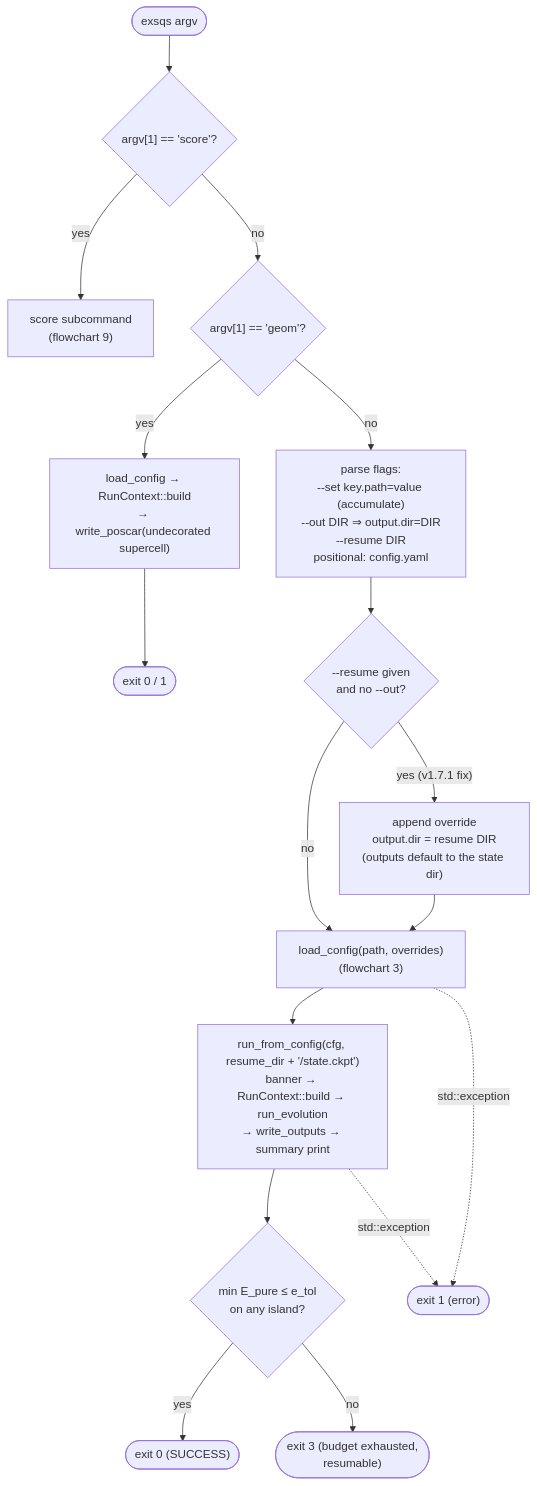
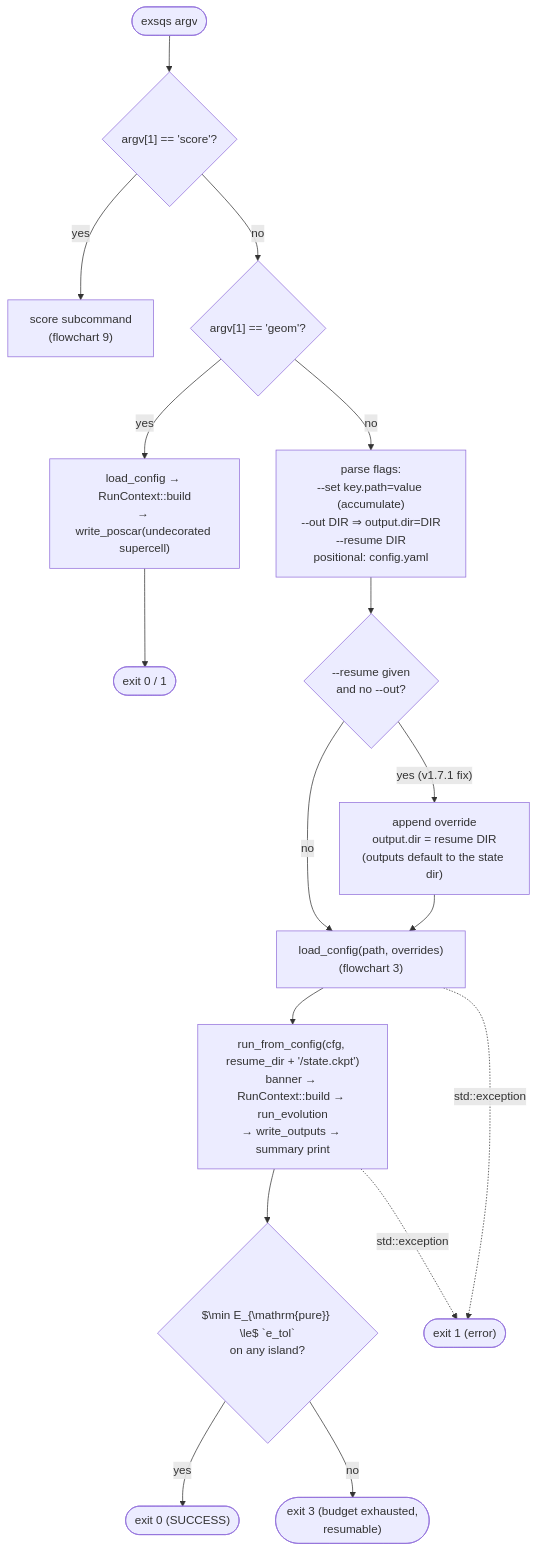
One commit to Mellechowicz/SQuatS changed the second of 9 diagrams in docs/FLOWCHARTS.md. Above: the diagram before and after it, drawn with Mermaid. The commit also changed other lines of this file and 1 other file, not shown here.

First line of the commit message:
docs: supercell study + flowcharts formulas in LaTeX math

````diff
--- a/docs/FLOWCHARTS.md
+++ b/docs/FLOWCHARTS.md
@@ -107,19 +107,19 @@
 ```mermaid
 flowchart TD
     START(["exsqs argv"]) --> SC{"argv[1] == 'score'?"}
     SC -- yes --> SCORE["score subcommand<br/>(flowchart 9)"]
     SC -- no --> GE{"argv[1] == 'geom'?"}
     GE -- yes --> GEOM["load_config → RunContext::build<br/>→ write_poscar(undecorated supercell)"]
     GEOM --> EX0(["exit 0 / 1"])
     GE -- no --> FLAGS["parse flags:<br/>--set key.path=value (accumulate)<br/>--out DIR ⇒ output.dir=DIR<br/>--resume DIR<br/>positional: config.yaml"]
     FLAGS --> RESQ{"--resume given<br/>and no --out?"}
     RESQ -- "yes (v1.7.1 fix)" --> RESFIX["append override<br/>output.dir = resume DIR<br/>(outputs default to the state dir)"]
     RESQ -- no --> LOAD
     RESFIX --> LOAD["load_config(path, overrides)<br/>(flowchart 3)"]
     LOAD --> RFC["run_from_config(cfg, resume_dir + '/state.ckpt')<br/>banner → RunContext::build → run_evolution<br/>→ write_outputs → summary print"]
-    RFC --> OK{"min E_pure ≤ e_tol<br/>on any island?"}
+    RFC --> OK{"$\min E_{\mathrm{pure}} \le$ `e_tol`<br/>on any island?"}
     OK -- yes --> EXITOK(["exit 0 (SUCCESS)"])
     OK -- no --> EXIT3(["exit 3 (budget exhausted,<br/>resumable)"])
     RFC -. "std::exception" .-> EXIT1(["exit 1 (error)"])
     LOAD -. "std::exception" .-> EXIT1
 ```
````
